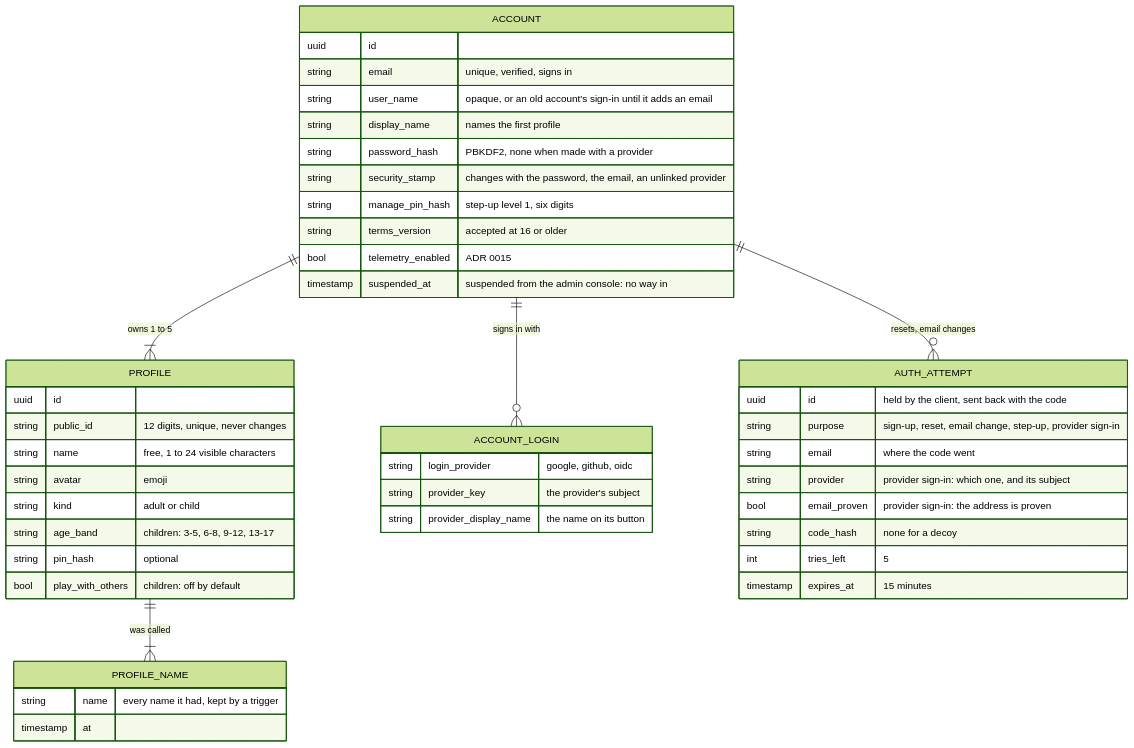
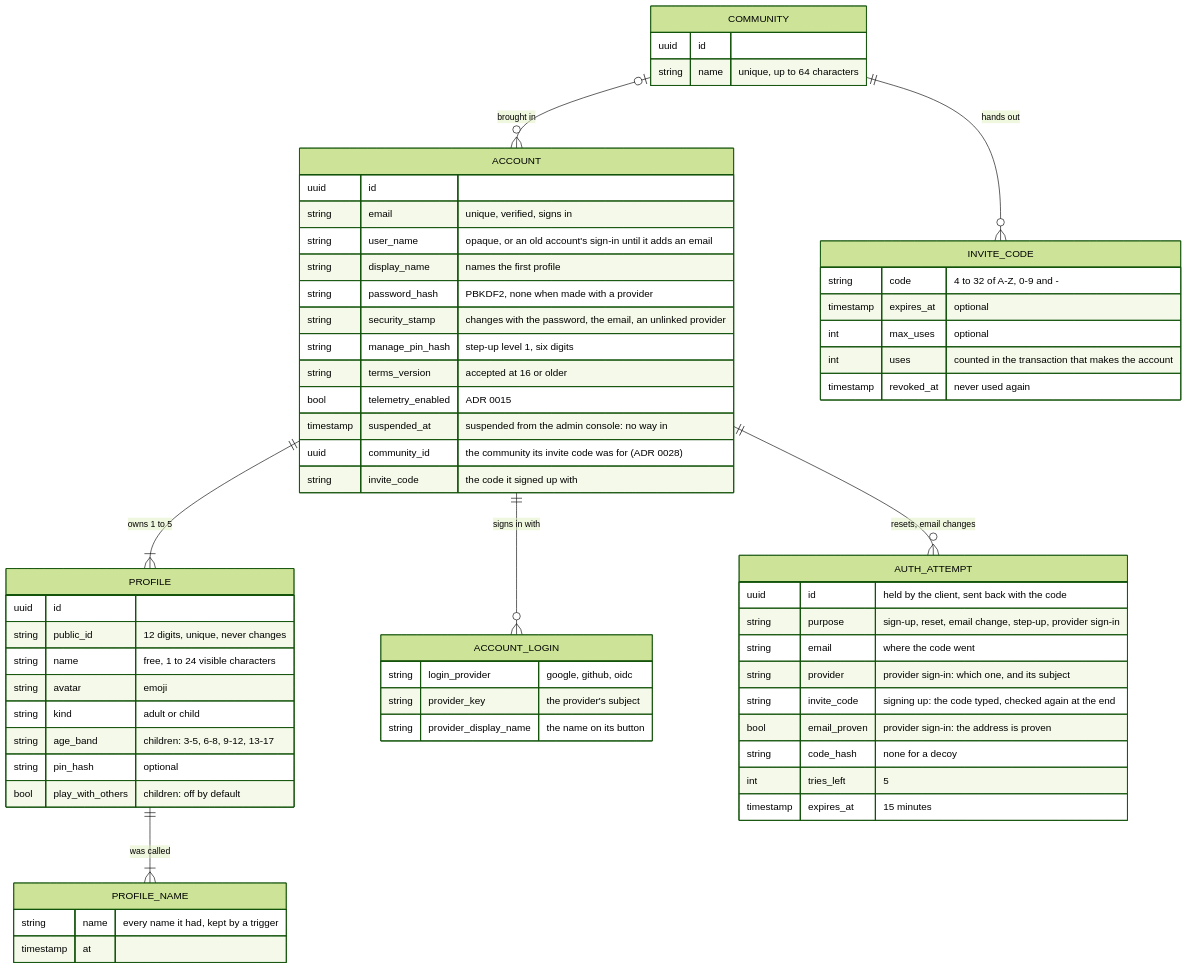
The first of 11 diagrams in docs/architecture/identity.md (vinh466/tohe-play), drawn with Mermaid (forest theme) before and after one commit. The commit also changed other lines of this file and 7 other files, not shown here.

First line of the commit message:
docs: ADR 0028 — sign-in and registration at run time, communities and invite codes

````diff
--- a/docs/architecture/identity.md
+++ b/docs/architecture/identity.md
@@ -17,48 +17,64 @@
 ```mermaid
 erDiagram
   ACCOUNT ||--|{ PROFILE : "owns 1 to 5"
   PROFILE ||--|{ PROFILE_NAME : "was called"
   ACCOUNT ||--o{ ACCOUNT_LOGIN : "signs in with"
   ACCOUNT ||--o{ AUTH_ATTEMPT : "resets, email changes"
+  COMMUNITY |o--o{ ACCOUNT : "brought in"
+  COMMUNITY ||--o{ INVITE_CODE : "hands out"
   ACCOUNT {
     uuid id
     string email "unique, verified, signs in"
     string user_name "opaque, or an old account's sign-in until it adds an email"
     string display_name "names the first profile"
     string password_hash "PBKDF2, none when made with a provider"
     string security_stamp "changes with the password, the email, an unlinked provider"
     string manage_pin_hash "step-up level 1, six digits"
     string terms_version "accepted at 16 or older"
     bool telemetry_enabled "ADR 0015"
     timestamp suspended_at "suspended from the admin console: no way in"
+    uuid community_id "the community its invite code was for (ADR 0028)"
+    string invite_code "the code it signed up with"
+  }
+  COMMUNITY {
+    uuid id
+    string name "unique, up to 64 characters"
+  }
+  INVITE_CODE {
+    string code "4 to 32 of A-Z, 0-9 and -"
+    timestamp expires_at "optional"
+    int max_uses "optional"
+    int uses "counted in the transaction that makes the account"
+    timestamp revoked_at "never used again"
   }
   ACCOUNT_LOGIN {
     string login_provider "google, github, oidc"
     string provider_key "the provider's subject"
     string provider_display_name "the name on its button"
   }
   PROFILE_NAME {
     string name "every name it had, kept by a trigger"
     timestamp at
   }
   PROFILE {
     uuid id
     string public_id "12 digits, unique, never changes"
     string name "free, 1 to 24 visible characters"
     string avatar "emoji"
     string kind "adult or child"
     string age_band "children: 3-5, 6-8, 9-12, 13-17"
     string pin_hash "optional"
     bool play_with_others "children: off by default"
   }
   AUTH_ATTEMPT {
     uuid id "held by the client, sent back with the code"
     string purpose "sign-up, reset, email change, step-up, provider sign-in"
     string email "where the code went"
     string provider "provider sign-in: which one, and its subject"
+    string invite_code "signing up: the code typed, checked again at the end"
     bool email_proven "provider sign-in: the address is proven"
     string code_hash "none for a decoy"
     int tries_left "5"
     timestamp expires_at "15 minutes"
   }
 ```
````
